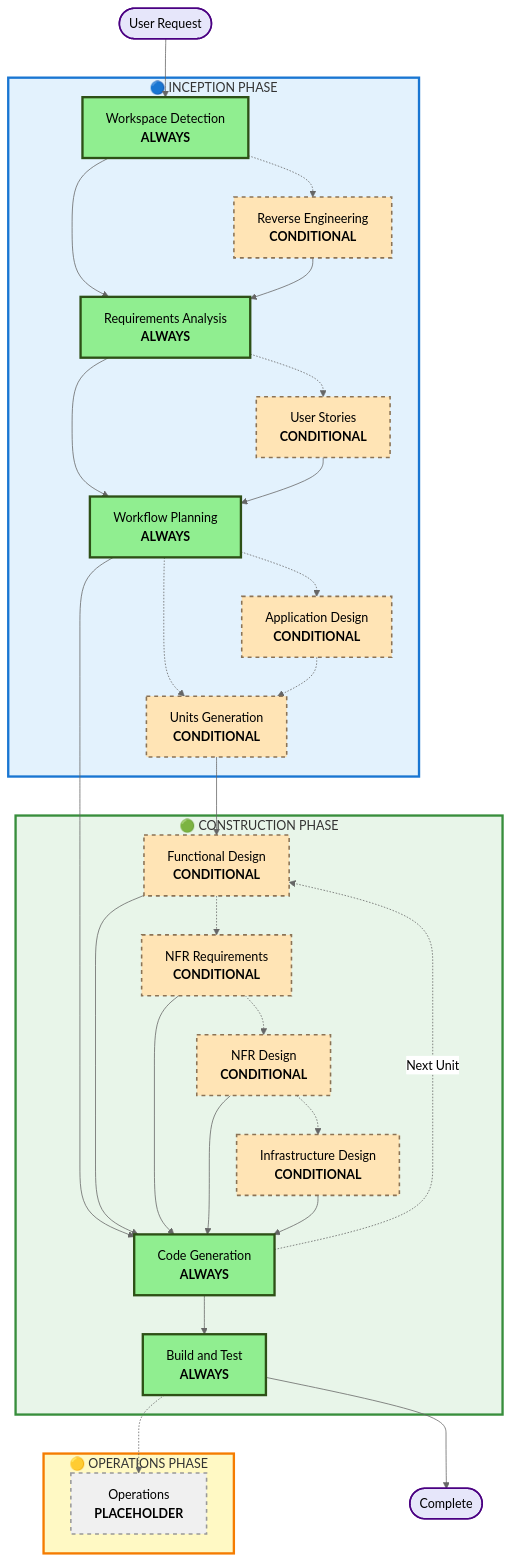
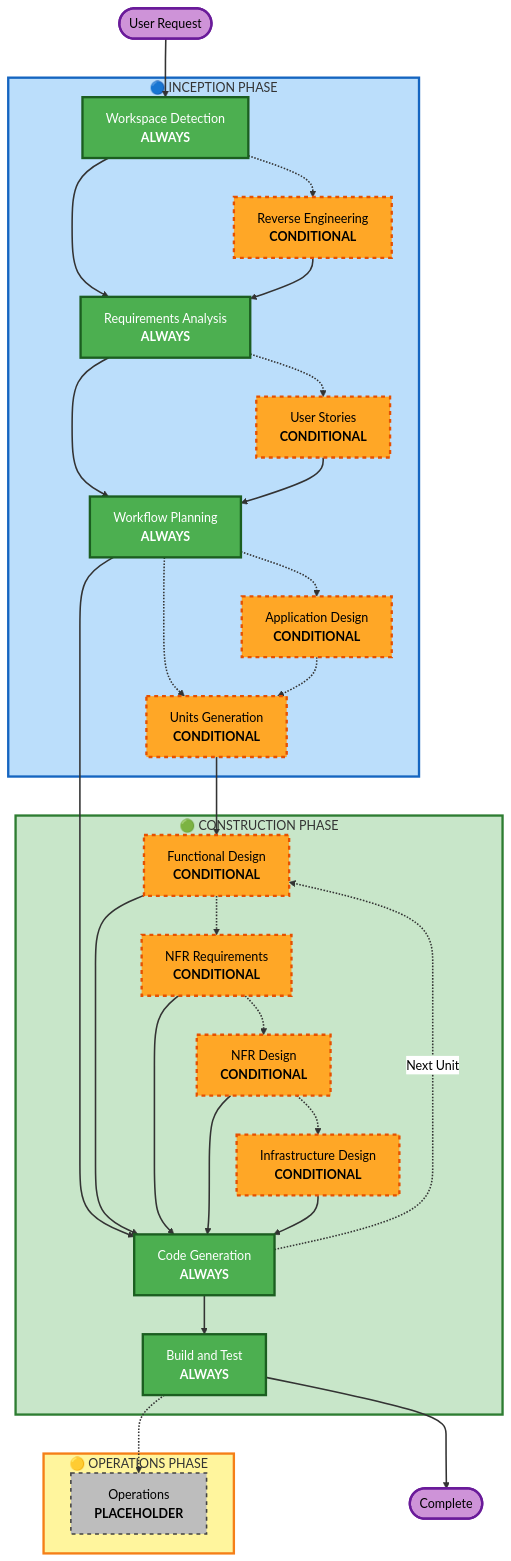
Before and after one commit to lyq-ai-lab/aidlc-workflows: the diagram in aws-aidlc-rule-details/common/process-overview.md, drawn with Mermaid (neutral theme). The commit also changed 1 other file, not shown here.

Commit message:
Changed Mermaid diagram colors for better constract/readability

````diff
--- a/aws-aidlc-rule-details/common/process-overview.md
+++ b/aws-aidlc-rule-details/common/process-overview.md
@@ -33,76 +33,78 @@
 ```mermaid
 flowchart TD
     Start(["User Request"])
     
     subgraph INCEPTION["🔵 INCEPTION PHASE"]
         WD["Workspace Detection<br/><b>ALWAYS</b>"]
         RE["Reverse Engineering<br/><b>CONDITIONAL</b>"]
         RA["Requirements Analysis<br/><b>ALWAYS</b>"]
         Stories["User Stories<br/><b>CONDITIONAL</b>"]
         WP["Workflow Planning<br/><b>ALWAYS</b>"]
         AppDesign["Application Design<br/><b>CONDITIONAL</b>"]
         UnitsG["Units Generation<br/><b>CONDITIONAL</b>"]
     end
     
     subgraph CONSTRUCTION["🟢 CONSTRUCTION PHASE"]
         FD["Functional Design<br/><b>CONDITIONAL</b>"]
         NFRA["NFR Requirements<br/><b>CONDITIONAL</b>"]
         NFRD["NFR Design<br/><b>CONDITIONAL</b>"]
         ID["Infrastructure Design<br/><b>CONDITIONAL</b>"]
         CG["Code Generation<br/><b>ALWAYS</b>"]
         BT["Build and Test<br/><b>ALWAYS</b>"]
     end
     
     subgraph OPERATIONS["🟡 OPERATIONS PHASE"]
         OPS["Operations<br/><b>PLACEHOLDER</b>"]
     end
     
     Start --> WD
     WD -.-> RE
     WD --> RA
     RE --> RA
     
     RA -.-> Stories
     RA --> WP
     Stories --> WP
     
     WP -.-> AppDesign
     WP -.-> UnitsG
     AppDesign -.-> UnitsG
     UnitsG --> FD
     FD -.-> NFRA
     NFRA -.-> NFRD
     NFRD -.-> ID
     
     WP --> CG
     FD --> CG
     NFRA --> CG
     NFRD --> CG
     ID --> CG
     CG -.->|Next Unit| FD
     CG --> BT
     BT -.-> OPS
     BT --> End(["Complete"])
     
-    style WD fill:#90EE90,stroke:#2d5016,stroke-width:3px
-    style RA fill:#90EE90,stroke:#2d5016,stroke-width:3px
-    style WP fill:#90EE90,stroke:#2d5016,stroke-width:3px
+    style WD fill:#4CAF50,stroke:#1B5E20,stroke-width:3px,color:#fff
+    style RA fill:#4CAF50,stroke:#1B5E20,stroke-width:3px,color:#fff
+    style WP fill:#4CAF50,stroke:#1B5E20,stroke-width:3px,color:#fff
 
-    style CG fill:#90EE90,stroke:#2d5016,stroke-width:3px
-    style BT fill:#90EE90,stroke:#2d5016,stroke-width:3px
-    style OPS fill:#f0f0f0,stroke:#999999,stroke-width:2px,stroke-dasharray: 5 5
-    style RE fill:#FFE4B5,stroke:#8B7355,stroke-width:2px,stroke-dasharray: 5 5
-    style Stories fill:#FFE4B5,stroke:#8B7355,stroke-width:2px,stroke-dasharray: 5 5
-    style AppDesign fill:#FFE4B5,stroke:#8B7355,stroke-width:2px,stroke-dasharray: 5 5
+    style CG fill:#4CAF50,stroke:#1B5E20,stroke-width:3px,color:#fff
+    style BT fill:#4CAF50,stroke:#1B5E20,stroke-width:3px,color:#fff
+    style OPS fill:#BDBDBD,stroke:#424242,stroke-width:2px,stroke-dasharray: 5 5,color:#000
+    style RE fill:#FFA726,stroke:#E65100,stroke-width:3px,stroke-dasharray: 5 5,color:#000
+    style Stories fill:#FFA726,stroke:#E65100,stroke-width:3px,stroke-dasharray: 5 5,color:#000
+    style AppDesign fill:#FFA726,stroke:#E65100,stroke-width:3px,stroke-dasharray: 5 5,color:#000
 
-    style UnitsG fill:#FFE4B5,stroke:#8B7355,stroke-width:2px,stroke-dasharray: 5 5
-    style FD fill:#FFE4B5,stroke:#8B7355,stroke-width:2px,stroke-dasharray: 5 5
-    style NFRA fill:#FFE4B5,stroke:#8B7355,stroke-width:2px,stroke-dasharray: 5 5
-    style NFRD fill:#FFE4B5,stroke:#8B7355,stroke-width:2px,stroke-dasharray: 5 5
-    style ID fill:#FFE4B5,stroke:#8B7355,stroke-width:2px,stroke-dasharray: 5 5
-    style INCEPTION fill:#E3F2FD,stroke:#1976D2,stroke-width:3px
-    style CONSTRUCTION fill:#E8F5E9,stroke:#388E3C,stroke-width:3px
-    style OPERATIONS fill:#FFF9C4,stroke:#F57C00,stroke-width:3px
-    style Start fill:#E6E6FA,stroke:#4B0082,stroke-width:2px
-    style End fill:#E6E6FA,stroke:#4B0082,stroke-width:2px
+    style UnitsG fill:#FFA726,stroke:#E65100,stroke-width:3px,stroke-dasharray: 5 5,color:#000
+    style FD fill:#FFA726,stroke:#E65100,stroke-width:3px,stroke-dasharray: 5 5,color:#000
+    style NFRA fill:#FFA726,stroke:#E65100,stroke-width:3px,stroke-dasharray: 5 5,color:#000
+    style NFRD fill:#FFA726,stroke:#E65100,stroke-width:3px,stroke-dasharray: 5 5,color:#000
+    style ID fill:#FFA726,stroke:#E65100,stroke-width:3px,stroke-dasharray: 5 5,color:#000
+    style INCEPTION fill:#BBDEFB,stroke:#1565C0,stroke-width:3px
+    style CONSTRUCTION fill:#C8E6C9,stroke:#2E7D32,stroke-width:3px
+    style OPERATIONS fill:#FFF59D,stroke:#F57F17,stroke-width:3px
+    style Start fill:#CE93D8,stroke:#6A1B9A,stroke-width:3px,color:#000
+    style End fill:#CE93D8,stroke:#6A1B9A,stroke-width:3px,color:#000
+    
+    linkStyle default stroke:#333,stroke-width:2px
 ```
````
